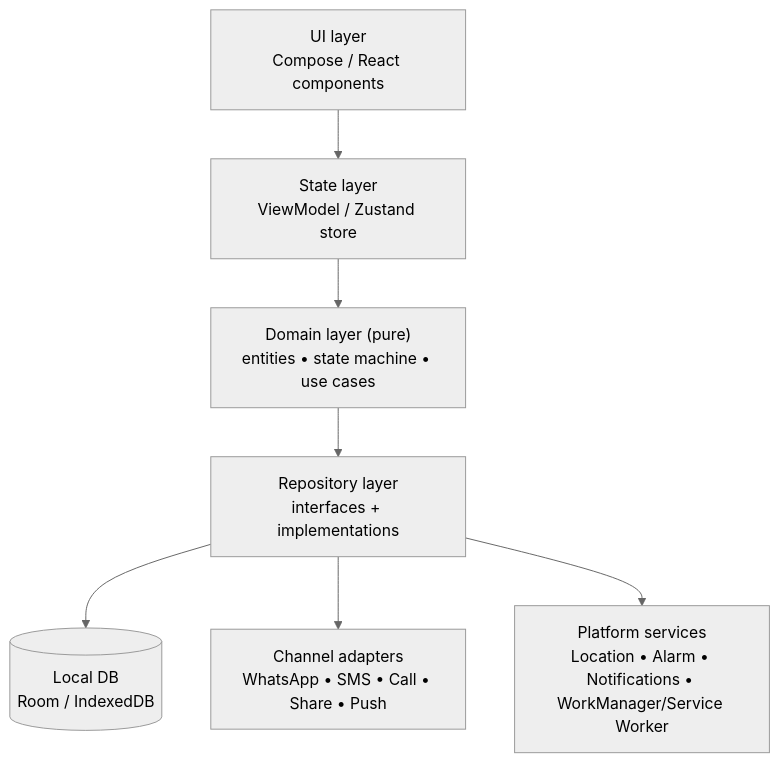
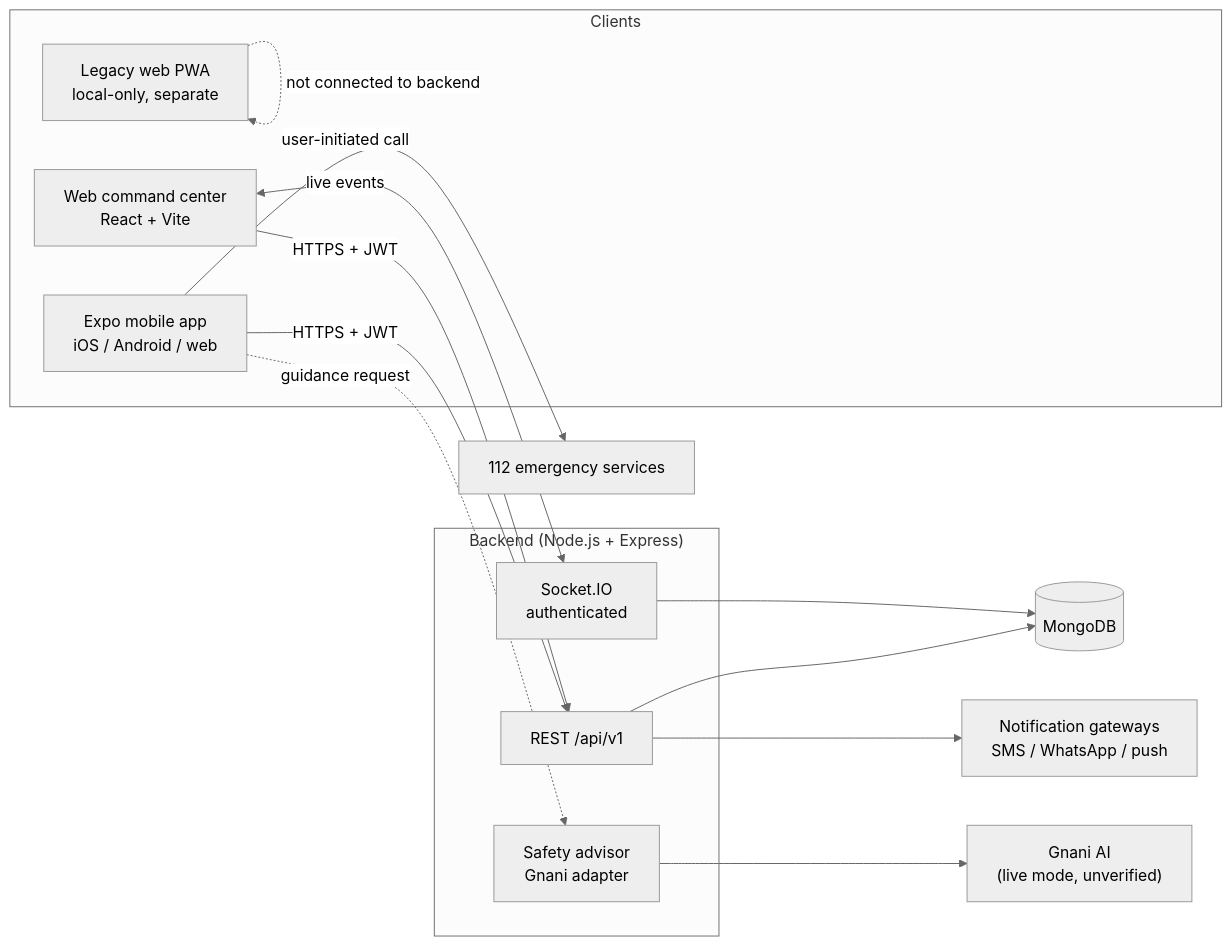
The first of 4 diagrams in docs/ARCHITECTURE.md (deepsingh-co/RakshaNet), drawn with Mermaid (neutral theme) before and after one commit. The commit also changed other lines of this file and 8 other files, not shown here.

Commit message:
feat(mobile): integrate Hinglish safety assistant; refresh architecture docs

````diff
--- a/docs/ARCHITECTURE.md
+++ b/docs/ARCHITECTURE.md
@@ -69,15 +17,30 @@
 ```mermaid
-flowchart TB
-    UI["UI layer<br/>Compose / React components"]
-    VM["State layer<br/>ViewModel / Zustand store"]
-    UC["Domain layer (pure)<br/>entities • state machine • use cases"]
-    RM["Repository layer<br/>interfaces + implementations"]
-    DB[("Local DB<br/>Room / IndexedDB")]
-    CH["Channel adapters<br/>WhatsApp • SMS • Call • Share • Push"]
-    OS["Platform services<br/>Location • Alarm • Notifications • WorkManager/Service Worker"]
+flowchart LR
+    subgraph clients["Clients"]
+        M["Expo mobile app<br/>iOS / Android / web"]
+        D["Web command center<br/>React + Vite"]
+        P["Legacy web PWA<br/>local-only, separate"]
+    end
 
-    UI --> VM --> UC --> RM
-    RM --> DB
-    RM --> CH
-    RM --> OS
+    subgraph api["Backend (Node.js + Express)"]
+        A["REST /api/v1"]
+        S["Socket.IO<br/>authenticated"]
+        AI["Safety advisor<br/>Gnani adapter"]
+    end
+
+    DB[("MongoDB")]
+    NOTIFY["Notification gateways<br/>SMS / WhatsApp / push"]
+    GNANI["Gnani AI<br/>(live mode, unverified)"]
+    EMERG["112 emergency services"]
+
+    M -->|"HTTPS + JWT"| A
+    M -.->|"guidance request"| AI
+    D -->|"HTTPS + JWT"| A
+    D <-->|"live events"| S
+    A --> DB
+    S --> DB
+    AI --> GNANI
+    A --> NOTIFY
+    M -->|"user-initiated call"| EMERG
+    P -.->|"not connected to backend"| P
 ```
````
